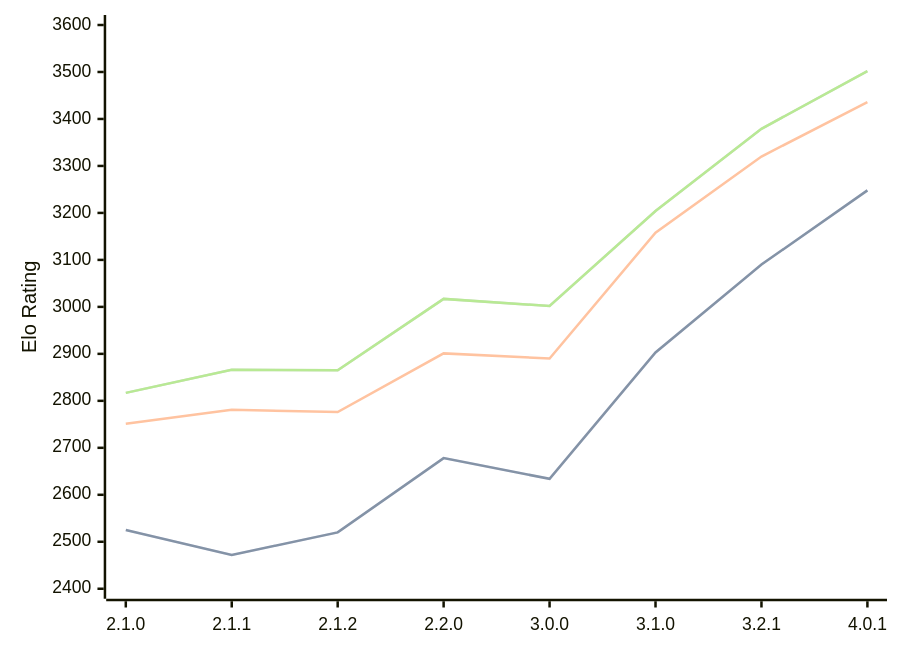
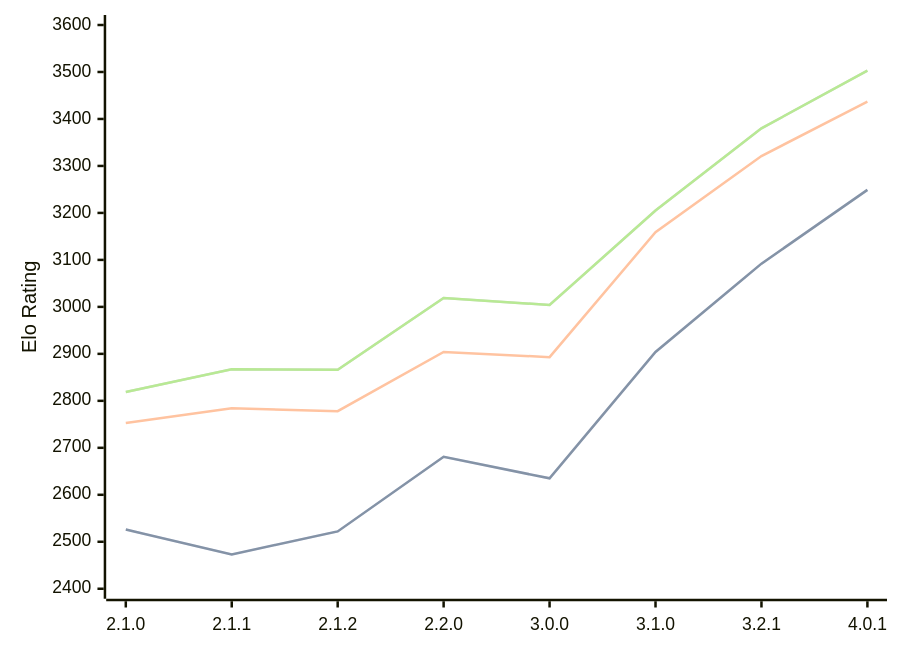
The diagram in engines/Prune.md (computer-chess-index/cci), drawn with Mermaid before and after one commit. The commit also changed other lines of this file, not shown here.

Commit message:
Update CCI Ratings (ELO VLTC) - 2026-08-22

````diff
--- a/engines/Prune.md
+++ b/engines/Prune.md
@@ -40,11 +40,11 @@
 ```mermaid
 %%{init: {"theme":"base","themeVariables":{"seriesColors:['#a3a3a3','#222221','#faa371']}}}%%
 xychart-beta
   x-axis ["2.1.0", "2.1.1", "2.1.2", "2.2.0", "3.0.0", "3.1.0", "3.2.1", "4.0.1"]
   y-axis "Elo Rating" 2400 --> 3600
-  line "STC (8.0+0.08s)" [2525, 2472, 2520, 2678, 2634, 2903, 3090, 3248]
-  line "STC (8.0+0.08s)" [2525, 2472, 2520, 2678, 2634, 2903, 3090, 3248]
-  line "LTC (60.0+0.60s)" [2751, 2781, 2776, 2901, 2890, 3158, 3320, 3436]
-  line "VLTC (2m24s+1.12s)" [2817, 2866, 2865, 3017, 3002, 3204, 3379, 3502]
-  line "VLTC (2m24s+1.12s)" [2817, 2866, 2865, 3017, 3002, 3204, 3379, 3502]
+  line "STC (8.0+0.08s)" [2526, 2473, 2522, 2681, 2635, 2904, 3092, 3249]
+  line "STC (8.0+0.08s)" [2526, 2473, 2522, 2681, 2635, 2904, 3092, 3249]
+  line "LTC (60.0+0.60s)" [2753, 2784, 2778, 2904, 2893, 3159, 3321, 3437]
+  line "VLTC (2m24s+1.12s)" [2819, 2867, 2866, 3019, 3004, 3205, 3380, 3503]
+  line "VLTC (2m24s+1.12s)" [2819, 2867, 2866, 3019, 3004, 3205, 3380, 3503]
 ```
````
